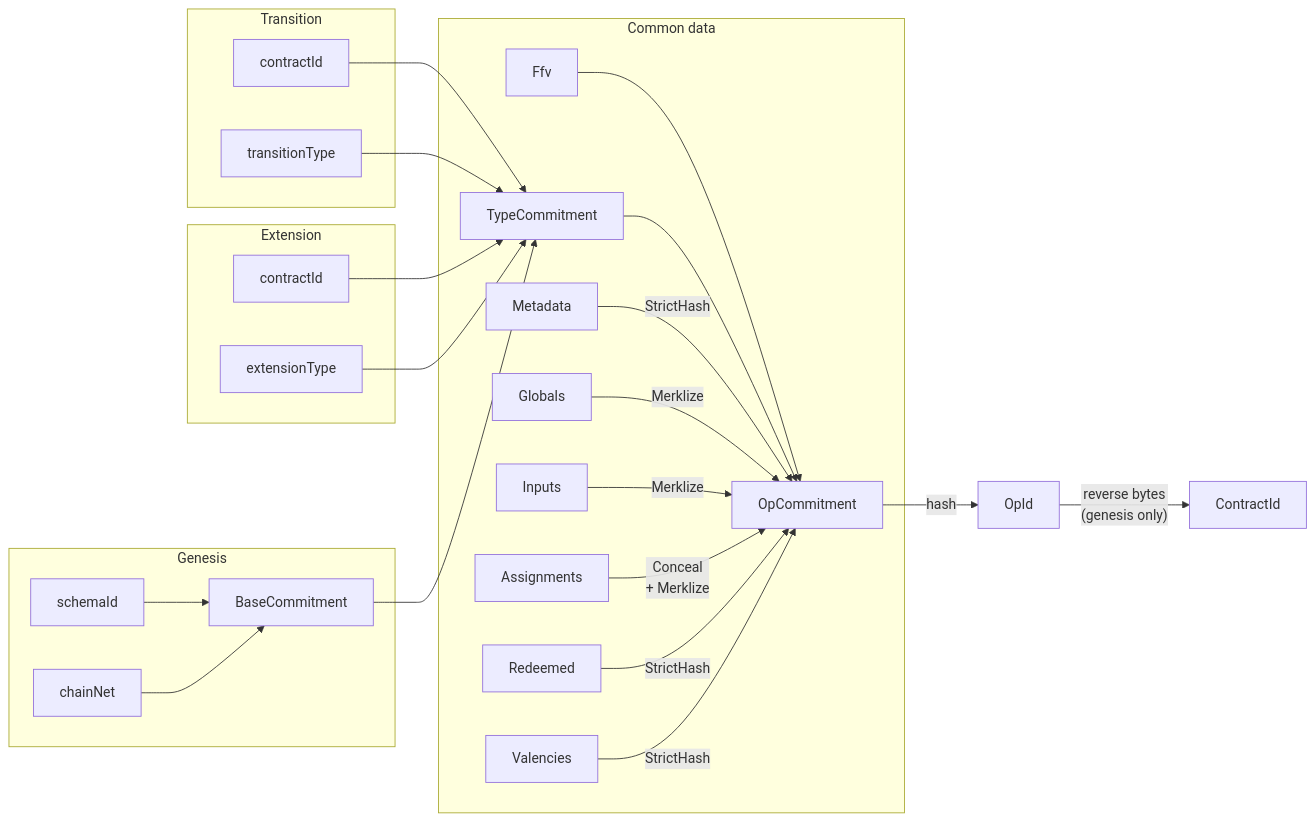
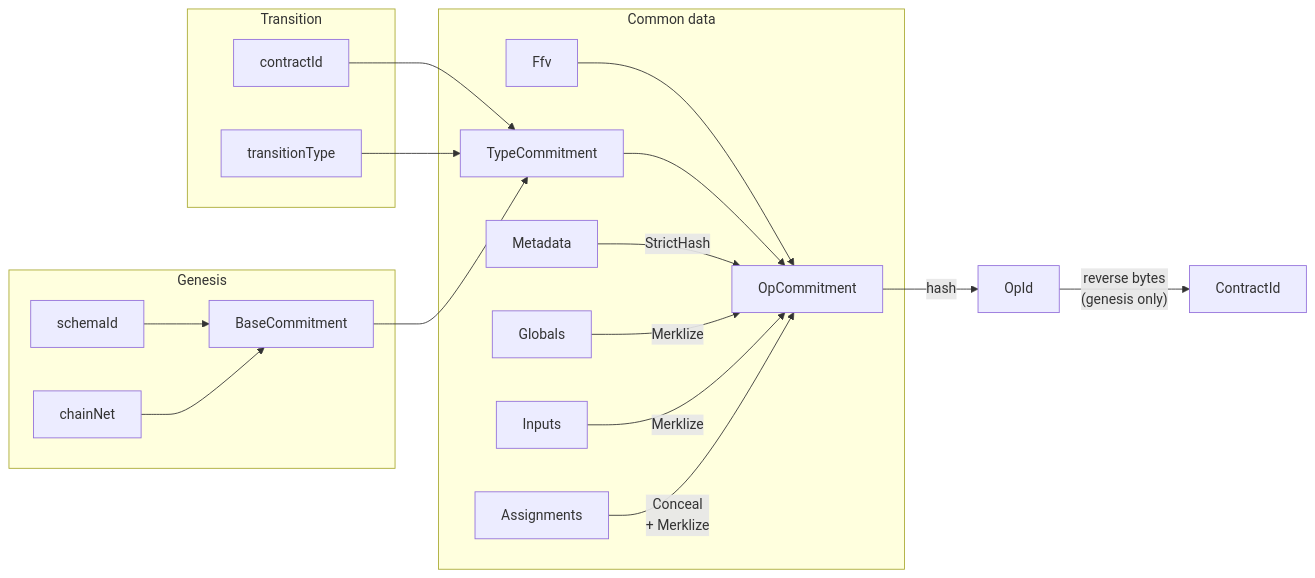
The second of 3 diagrams in doc/Commitments.md (RGB-WG/rgb-core), drawn with Mermaid before and after one commit. The commit also changed other lines of this file and 22 other files, not shown here.

````diff
--- a/doc/Commitments.md
+++ b/doc/Commitments.md
@@ -208,33 +208,26 @@
 ```mermaid
 flowchart LR
   subgraph "Common data"
     Ffv --> OpCommitment
     TypeCommitment --> OpCommitment
     Metadata -- StrictHash --> OpCommitment
     Globals -- Merklize --> OpCommitment
     Inputs -- Merklize --> OpCommitment
     Assignments -- "Conceal\n + Merklize" --> OpCommitment
-    Redeemed -- StrictHash --> OpCommitment
-    Valencies -- StrictHash --> OpCommitment
   end
 
   subgraph "Genesis"
     schemaId --> BaseCommitment
     chainNet --> BaseCommitment
   end
 
   subgraph "Transition"
     tcid[contractId] --> TypeCommitment
     transitionType --> TypeCommitment
   end
 
-  subgraph "Extension"
-    ecid[contractId] --> TypeCommitment
-    extensionType --> TypeCommitment
-  end
-
   BaseCommitment --> TypeCommitment
 
   OpCommitment -- hash --> OpId
   OpId -- "reverse bytes\n(genesis only)" --> ContractId
 ```
````
